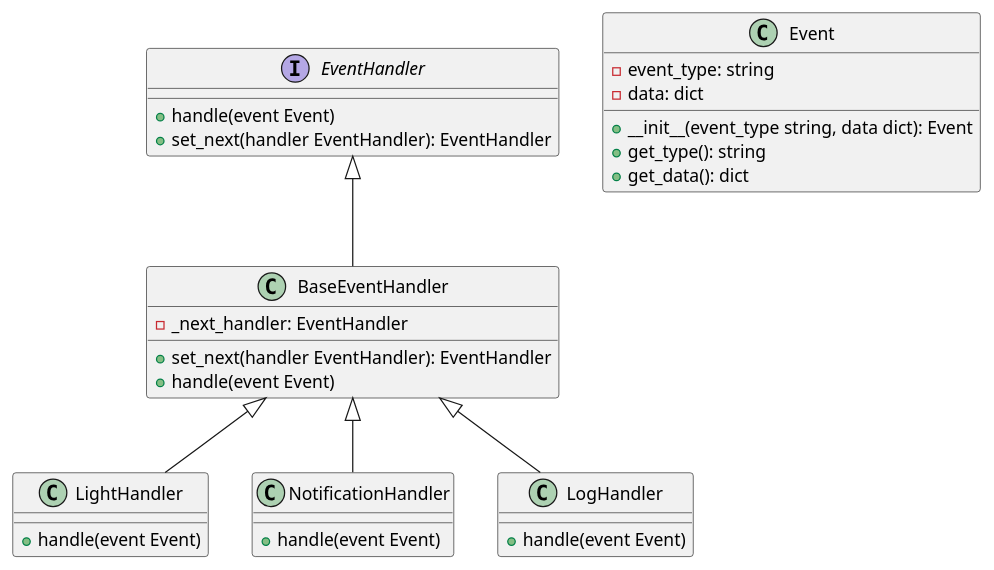
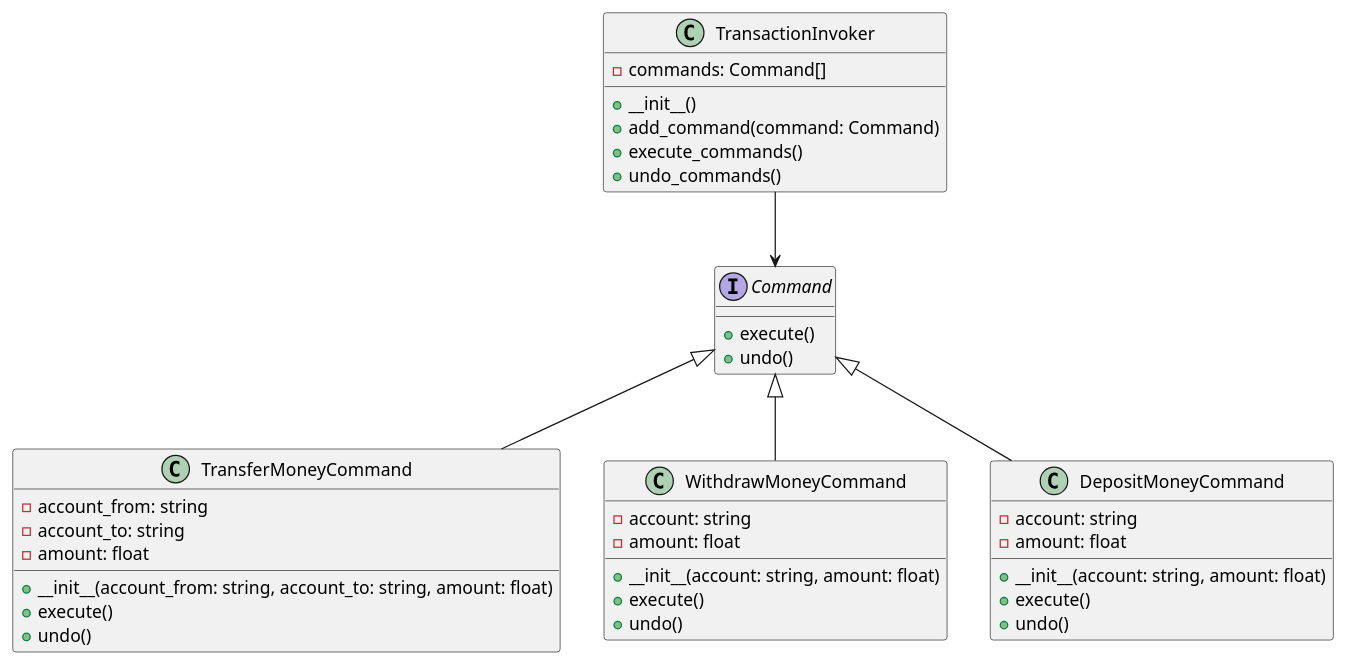
Before and after one commit to andrewovchinnikov/design-patterns: the diagram in klassifikaciya-patternov/povedencheskie-patterny-behavioral-patterns/komanda-command/primery/upravlenie-tranzakciyami-v-baze-dannykh/python.md, drawn with PlantUML. The commit also changed other lines of this file and 5 other files, not shown here.

````diff
--- a/klassifikaciya-patternov/povedencheskie-patterny-behavioral-patterns/komanda-command/primery/upravlenie-tranzakciyami-v-baze-dannykh/python.md
+++ b/klassifikaciya-patternov/povedencheskie-patterny-behavioral-patterns/komanda-command/primery/upravlenie-tranzakciyami-v-baze-dannykh/python.md
@@ -109,39 +120,48 @@
 ```plantuml
 @startuml
-interface EventHandler {
-    +handle(event Event)
-    +set_next(handler EventHandler): EventHandler
+
+interface Command {
+    +execute()
+    +undo()
 }
 
-class BaseEventHandler {
-    -_next_handler: EventHandler
-    +set_next(handler EventHandler): EventHandler
-    +handle(event Event)
+class TransferMoneyCommand {
+    -account_from: string
+    -account_to: string
+    -amount: float
+    +__init__(account_from: string, account_to: string, amount: float)
+    +execute()
+    +undo()
 }
 
-class LightHandler {
-    +handle(event Event)
+class WithdrawMoneyCommand {
+    -account: string
+    -amount: float
+    +__init__(account: string, amount: float)
+    +execute()
+    +undo()
 }
 
-class NotificationHandler {
-    +handle(event Event)
+class DepositMoneyCommand {
+    -account: string
+    -amount: float
+    +__init__(account: string, amount: float)
+    +execute()
+    +undo()
 }
 
-class LogHandler {
-    +handle(event Event)
+class TransactionInvoker {
+    -commands: Command[]
+    +__init__()
+    +add_command(command: Command)
+    +execute_commands()
+    +undo_commands()
 }
 
-class Event {
-    -event_type: string
-    -data: dict
-    +__init__(event_type string, data dict): Event
-    +get_type(): string
-    +get_data(): dict
-}
+Command <|-- TransferMoneyCommand
+Command <|-- WithdrawMoneyCommand
+Command <|-- DepositMoneyCommand
+TransactionInvoker --> Command
 
-EventHandler <|-- BaseEventHandler
-BaseEventHandler <|-- LightHandler
-BaseEventHandler <|-- NotificationHandler
-BaseEventHandler <|-- LogHandler
 @enduml
 ```
````
